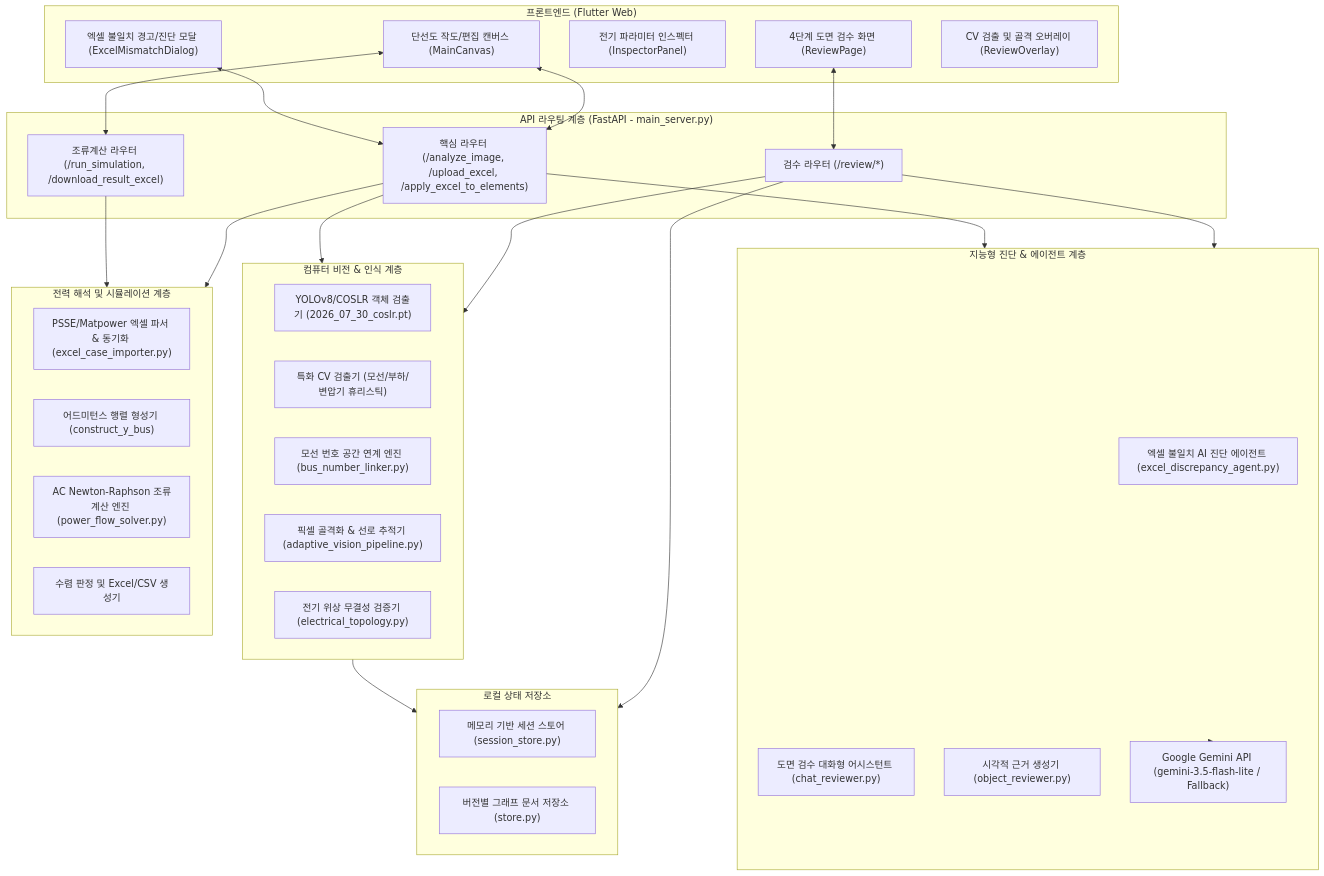
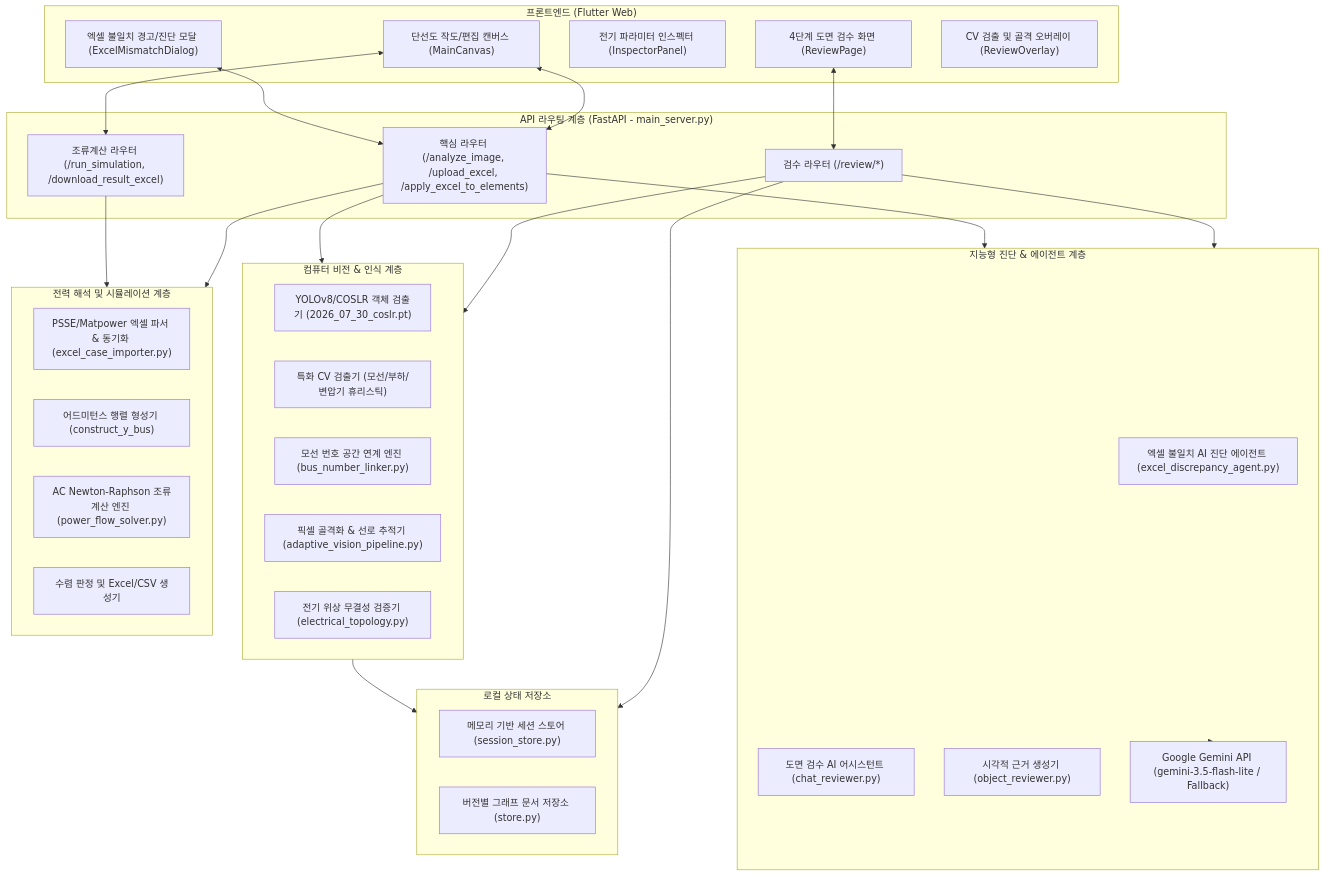
Before and after one commit to dptjddl285-ship-it/Powerflow-calculator: the first of 2 diagrams in docs/SYSTEM_ARCHITECTURE_AND_TECHNICAL_DOCS.md, drawn with Mermaid. The commit also changed other lines of this file and 4 other files, not shown here.

````diff
--- a/docs/SYSTEM_ARCHITECTURE_AND_TECHNICAL_DOCS.md
+++ b/docs/SYSTEM_ARCHITECTURE_AND_TECHNICAL_DOCS.md
@@ -22,62 +22,62 @@
 ```mermaid
 graph TB
     subgraph Client["프론트엔드 (Flutter Web)"]
         UI_Review["4단계 도면 검수 화면 (ReviewPage)"]
         UI_Canvas["단선도 작도/편집 캔버스 (MainCanvas)"]
         UI_Inspector["전기 파라미터 인스펙터 (InspectorPanel)"]
         UI_Mismatch["엑셀 불일치 경고/진단 모달 (ExcelMismatchDialog)"]
         UI_Overlay["CV 검출 및 골격 오버레이 (ReviewOverlay)"]
     end
 
     subgraph API_Gateway["API 라우팅 계층 (FastAPI - main_server.py)"]
         R_Staged["검수 라우터 (/review/*)"]
         R_Core["핵심 라우터 (/analyze_image, /upload_excel, /apply_excel_to_elements)"]
         R_Solver["조류계산 라우터 (/run_simulation, /download_result_excel)"]
     end
 
     subgraph CV_Engine["컴퓨터 비전 & 인식 계층"]
         YOLO["YOLOv8/COSLR 객체 검출기 (2026_07_30_coslr.pt)"]
         CV_Rule["특화 CV 검출기 (모선/부하/변압기 휴리스틱)"]
         OCR_Linker["모선 번호 공간 연계 엔진 (bus_number_linker.py)"]
         Skeleton["픽셀 골격화 & 선로 추적기 (adaptive_vision_pipeline.py)"]
         Topology["전기 위상 무결성 검증기 (electrical_topology.py)"]
     end
 
     subgraph AI_Agent["지능형 진단 & 에이전트 계층"]
         Agent_Diag["엑셀 불일치 AI 진단 에이전트 (excel_discrepancy_agent.py)"]
-        Agent_Chat["도면 검수 대화형 어시스턴트 (chat_reviewer.py)"]
+        Agent_Chat["도면 검수 AI 어시스턴트 (chat_reviewer.py)"]
         Agent_Evidence["시각적 근거 생성기 (object_reviewer.py)"]
         LLM["Google Gemini API (gemini-3.5-flash-lite / Fallback)"]
     end
 
     subgraph Power_Engine["전력 해석 및 시뮬레이션 계층"]
         Excel_Parser["PSSE/Matpower 엑셀 파서 & 동기화 (excel_case_importer.py)"]
         Y_Bus["어드미턴스 행렬 형성기 (construct_y_bus)"]
         NR_Solver["AC Newton-Raphson 조류계산 엔진 (power_flow_solver.py)"]
         Result_Gen["수렴 판정 및 Excel/CSV 생성기"]
     end
 
     subgraph Storage["로컬 상태 저장소"]
         Session_Store["메모리 기반 세션 스토어 (session_store.py)"]
         Review_Store["버전별 그래프 문서 저장소 (store.py)"]
     end
 
     %% 연결 관계
     UI_Review <--> R_Staged
     UI_Canvas <--> R_Core
     UI_Canvas <--> R_Solver
     UI_Mismatch <--> R_Core
 
     R_Staged --> CV_Engine
     R_Staged --> AI_Agent
     R_Staged --> Storage
 
     R_Core --> CV_Engine
     R_Core --> Power_Engine
     R_Core --> AI_Agent
 
     R_Solver --> Power_Engine
 
     AI_Agent -.-> LLM
     CV_Engine --> Storage
 ```
````
